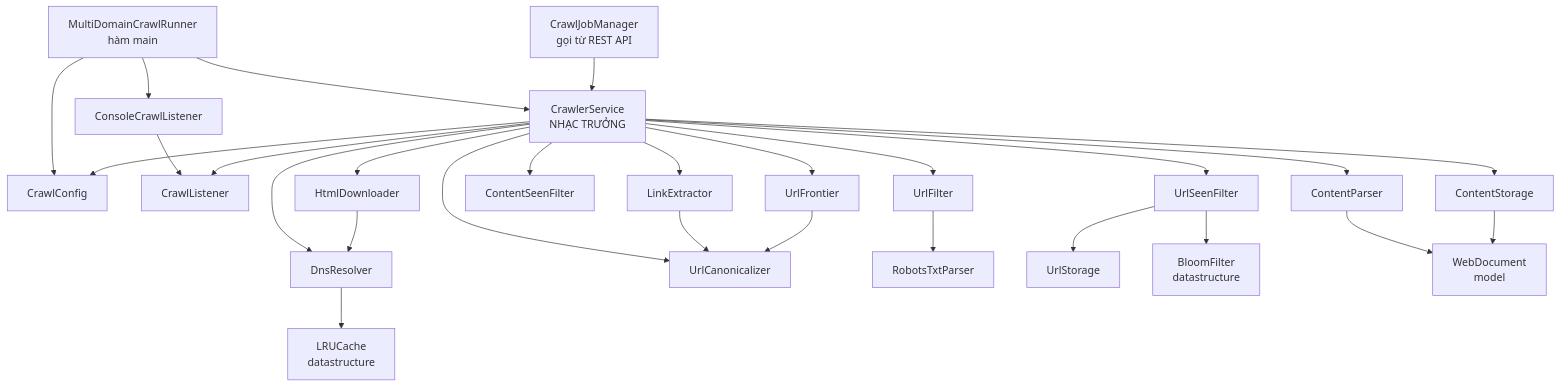
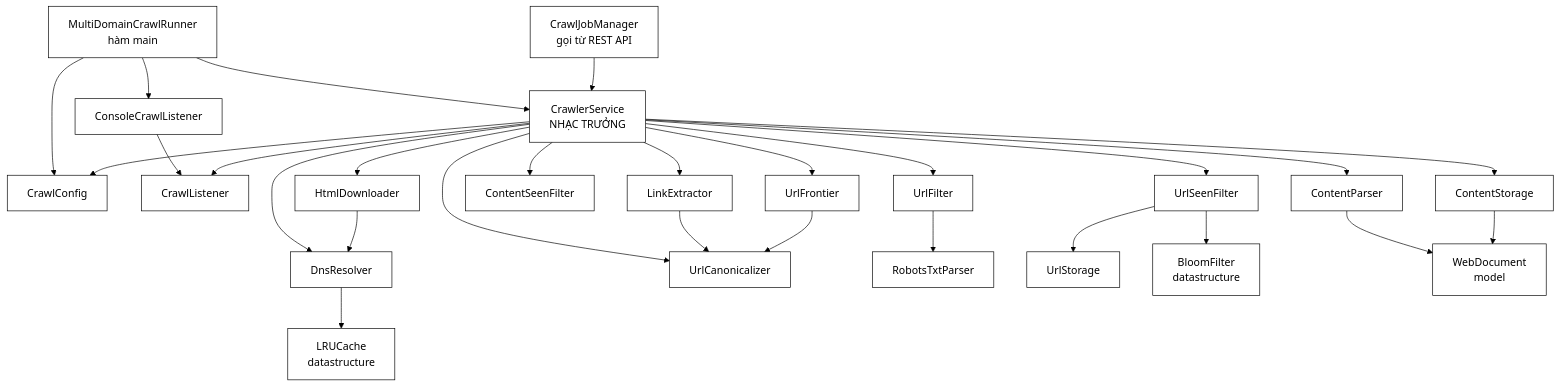
The fourth of 14 diagrams in docs/Math/01-crawler/00-SO-DO-TU-DUY.md (huynhlam3211-boop/Search_Engine_Project), drawn with Mermaid before and after one commit. The commit also changed other lines of this file and 249 other files, not shown here.

````diff
--- a/docs/Math/01-crawler/00-SO-DO-TU-DUY.md
+++ b/docs/Math/01-crawler/00-SO-DO-TU-DUY.md
@@ -209,56 +373,57 @@
 ```mermaid
+%%{init:{'theme':'base','themeVariables':{'background':'#ffffff','primaryColor':'#ffffff','primaryTextColor':'#000000','primaryBorderColor':'#000000','secondaryColor':'#ffffff','secondaryTextColor':'#000000','secondaryBorderColor':'#000000','tertiaryColor':'#ffffff','tertiaryTextColor':'#000000','tertiaryBorderColor':'#000000','lineColor':'#000000','textColor':'#000000','mainBkg':'#ffffff','nodeBorder':'#000000','clusterBkg':'#ffffff','clusterBorder':'#000000','edgeLabelBackground':'#ffffff','actorBkg':'#ffffff','actorBorder':'#000000','actorTextColor':'#000000','actorLineColor':'#000000','signalColor':'#000000','signalTextColor':'#000000','labelBoxBkgColor':'#ffffff','labelBoxBorderColor':'#000000','labelTextColor':'#000000','loopTextColor':'#000000','noteBkgColor':'#ffffff','noteBorderColor':'#000000','noteTextColor':'#000000','sequenceNumberColor':'#ffffff','fontFamily':'ui-monospace, SFMono-Regular, Consolas, monospace'}}}%%
 
 flowchart TD
     MDR["MultiDomainCrawlRunner<br/>hàm main"]
     CJM["CrawlJobManager<br/>gọi từ REST API"]
     SVC["CrawlerService<br/>NHẠC TRƯỞNG"]
     CFG["CrawlConfig"]
     LIS["CrawlListener"]
     CCL["ConsoleCrawlListener"]
 
     FR["UrlFrontier"]
     DL["HtmlDownloader"]
     DNS["DnsResolver"]
     CPA["ContentParser"]
     CSF["ContentSeenFilter"]
     CSTO["ContentStorage"]
     LEX["LinkExtractor"]
     UFI["UrlFilter"]
     USF["UrlSeenFilter"]
     CAN["UrlCanonicalizer"]
     ROB["RobotsTxtParser"]
     UST["UrlStorage"]
 
     BF["BloomFilter<br/>datastructure"]
     LRU["LRUCache<br/>datastructure"]
     WD["WebDocument<br/>model"]
 
     MDR --> SVC
     MDR --> CFG
     MDR --> CCL
     CJM --> SVC
     CCL --> LIS
     SVC --> LIS
     SVC --> CFG
 
     SVC --> FR
     SVC --> DL
     SVC --> DNS
     SVC --> CPA
     SVC --> CSF
     SVC --> CSTO
     SVC --> LEX
     SVC --> UFI
     SVC --> USF
     SVC --> CAN
 
     DL --> DNS
     DNS --> LRU
     UFI --> ROB
     USF --> BF
     USF --> UST
     LEX --> CAN
     FR --> CAN
     CPA --> WD
     CSTO --> WD
 ```
````
